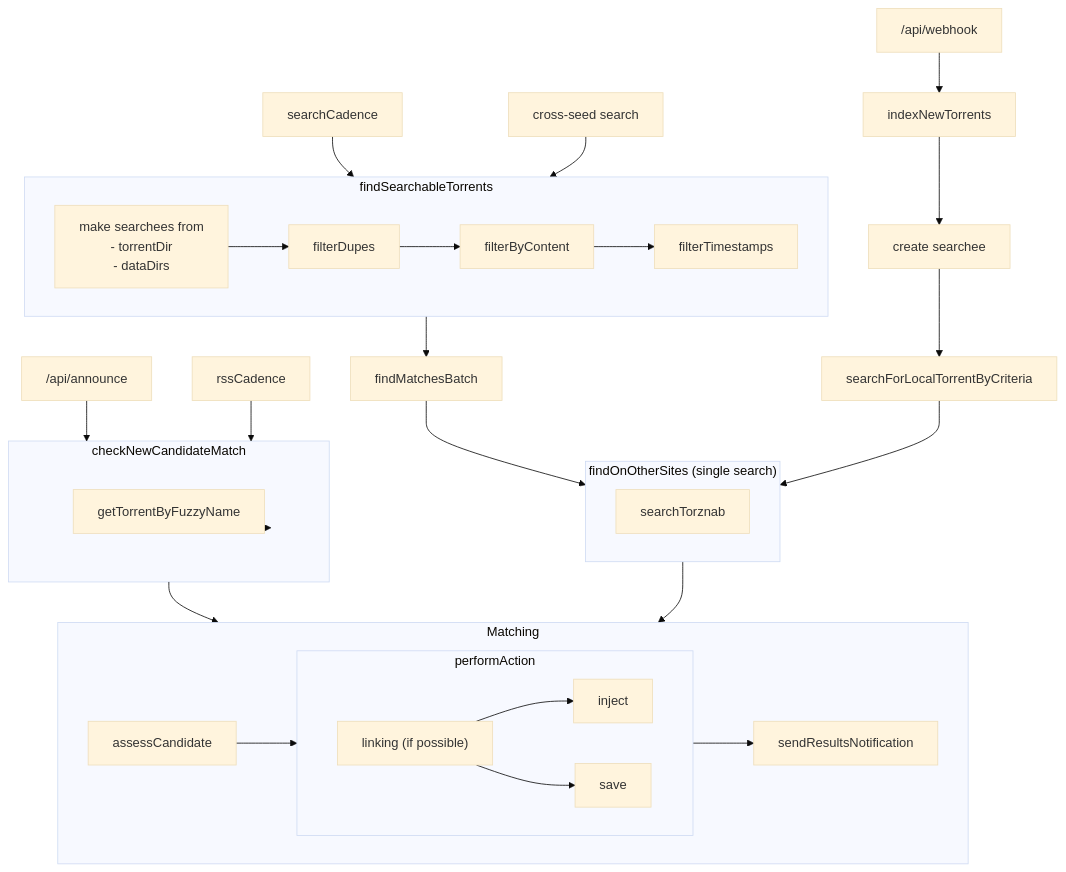
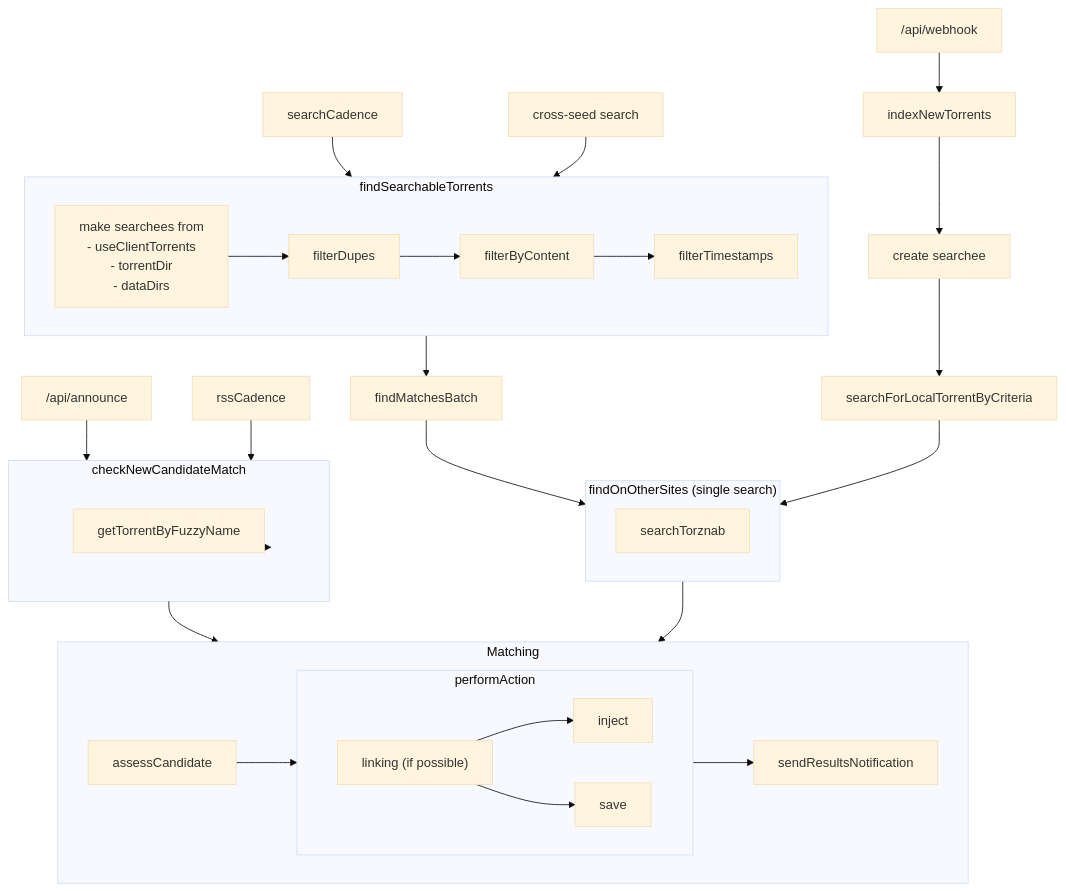
The diagram in docs/reference/architecture.md (cross-seed/cross-seed.org), drawn with Mermaid (base theme) before and after one commit. The commit also changed other lines of this file and 7 other files, not shown here.

First line of the commit message:
feat(options): useClientTorrents (#75)

````diff
--- a/docs/reference/architecture.md
+++ b/docs/reference/architecture.md
@@ -3,40 +3,40 @@
 ```mermaid
 flowchart
 subgraph Matching
     assessCandidate -->
     performAction -->
     sendResultsNotification
 end
 subgraph performAction
     linking["linking (if possible)"] --> inject
     linking --> save
 end
 subgraph checkNewCandidateMatch
     getTorrentByFuzzyName
 end
 subgraph findOnOtherSites["findOnOtherSites (single search)"]
     searchTorznab
 end
 subgraph findSearchableTorrents
-    searcheeGeneration["make searchees from \n- torrentDir\n- dataDirs"] -->
+    searcheeGeneration["make searchees from \n- useClientTorrents\n- torrentDir\n- dataDirs"] -->
     filterDupes -->
     filterByContent -->
     filterTimestamps
 end
 findSearchableTorrents --> findMatchesBatch
 findMatchesBatch --> findOnOtherSites
 announce["/api/announce"] --> checkNewCandidateMatch --> Matching
 rss["rssCadence"] --> checkNewCandidateMatch
 
 webhook["/api/webhook"] -->
 indexNewTorrents -->
 createSearchee["create searchee"] -->
 searchForLocalTorrentByCriteria --> findOnOtherSites
 findOnOtherSites --> Matching
 
 searchCadence --> findSearchableTorrents
 
 crossSeedSearch["cross-seed search"] --> findSearchableTorrents
 
 checkNewCandidateMatch --> getTorrentByFuzzyName
 ```
````
